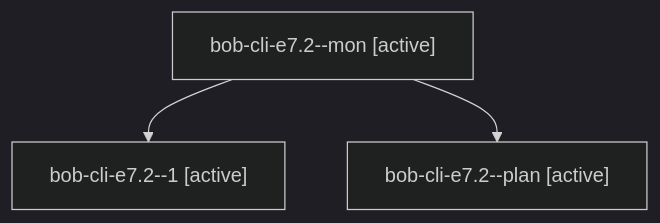
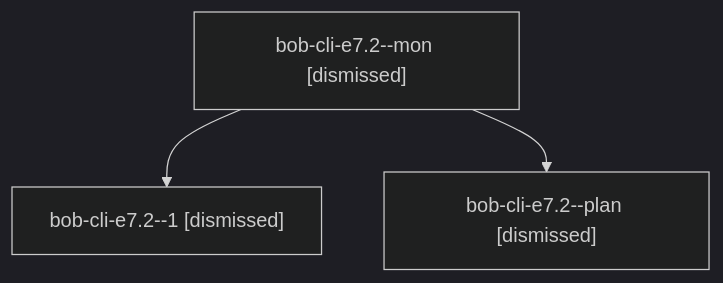
Before and after one commit to bobs-org/bob-cli--agents: the diagram in sessions/bbugyi200.apollo.bob-cli-e7.2.md, drawn with Mermaid (dark theme). The commit also changed other lines of this file and 212 other files, not shown here.

````diff
--- a/sessions/bbugyi200.apollo.bob-cli-e7.2.md
+++ b/sessions/bbugyi200.apollo.bob-cli-e7.2.md
@@ -9,8 +9,8 @@
 ```mermaid
 flowchart TD
-  n0["bob-cli-e7.2--mon [active]"]
-  n1["bob-cli-e7.2--1 [active]"]
+  n0["bob-cli-e7.2--mon [dismissed]"]
+  n1["bob-cli-e7.2--1 [dismissed]"]
   n0 --> n1
-  n2["bob-cli-e7.2--plan [active]"]
+  n2["bob-cli-e7.2--plan [dismissed]"]
   n0 --> n2
 ```
````
